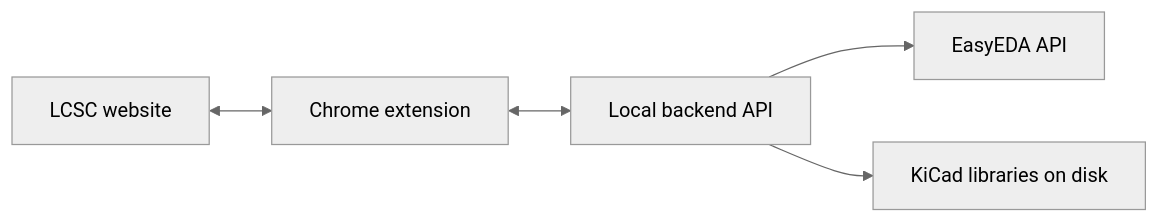
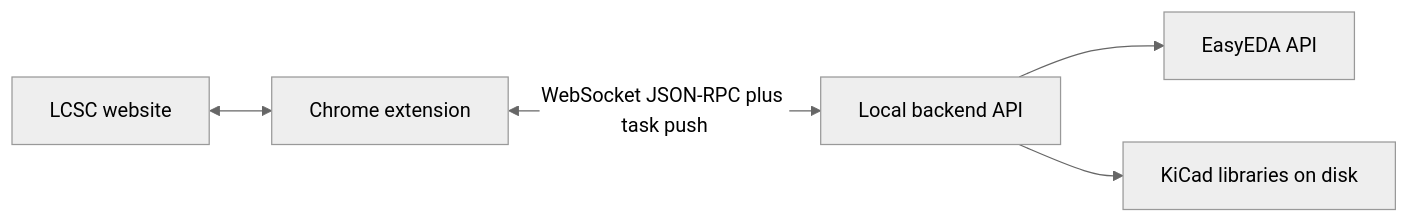
One commit to CarlKuhligk/LCSC2KicadChromeExtension changed the first of 3 diagrams in README.md. Above: the diagram before and after it, drawn with Mermaid (neutral theme). The commit also changed other lines of this file, not shown here.

First line of the commit message:
docs(readme): WebSocket-first architecture, product-page flow, playbook link

````diff
--- a/README.md
+++ b/README.md
@@ -12,7 +12,7 @@
 ```mermaid
 flowchart LR
   lcsc[LCSC website] <--> ext[Chrome extension]
-  ext <--> api[Local backend API]
+  ext <-->|WebSocket JSON-RPC plus task push| api[Local backend API]
   api --> easyeda[EasyEDA API]
   api --> disk[KiCad libraries on disk]
 ```
````
